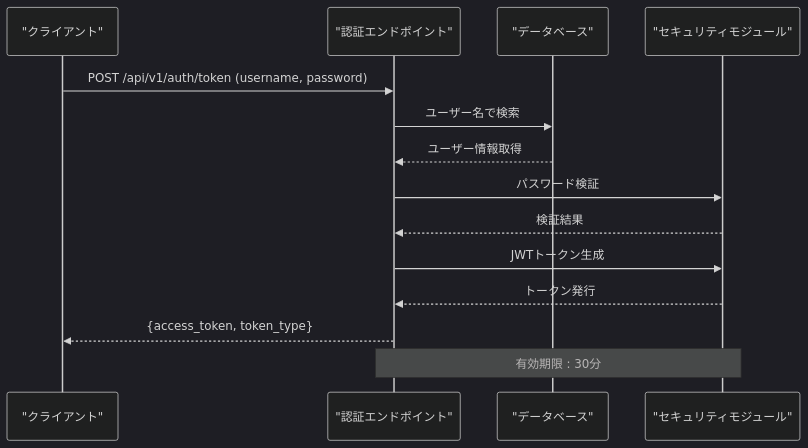
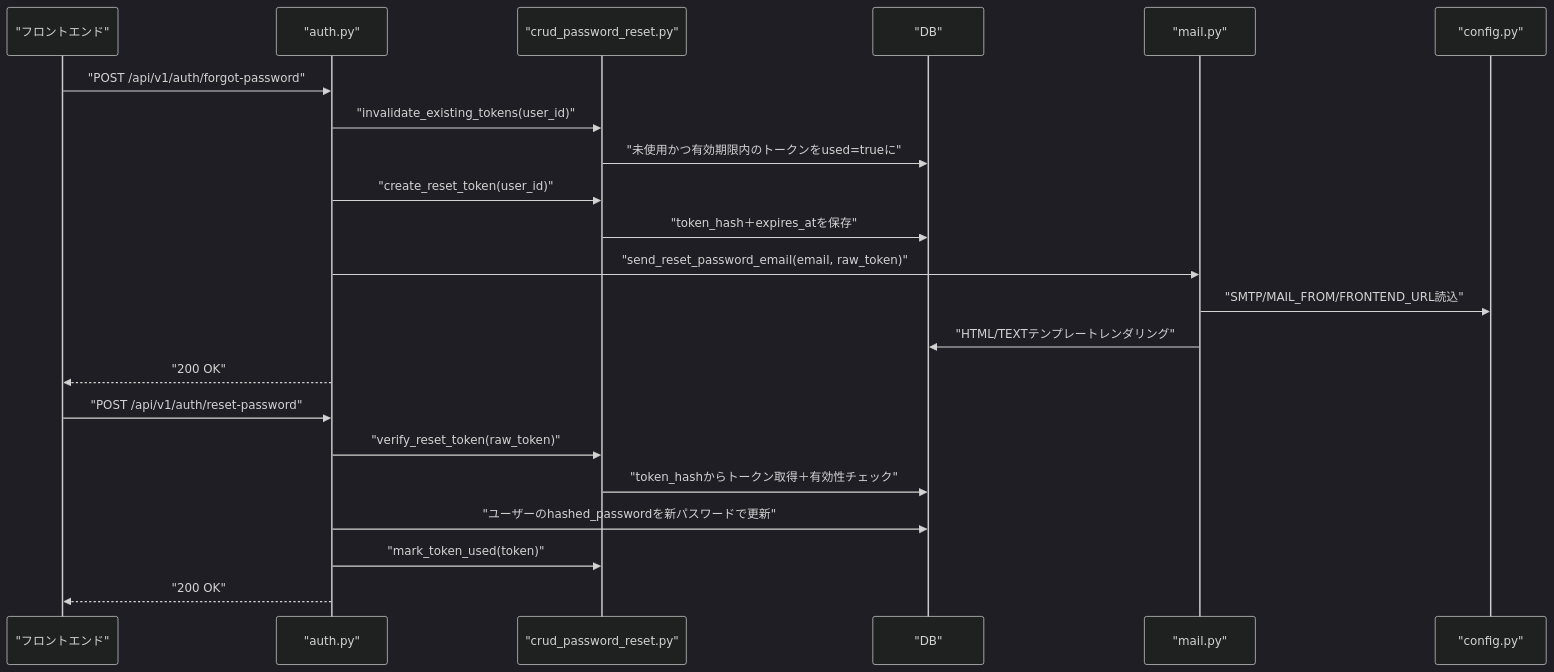
The fourth of 5 diagrams in .qoder/repowiki/ja/content/APIリファレンス/認証API.md (ss8806/Todos), drawn with Mermaid (dark theme) before and after one commit. The commit also changed other lines of this file and 106 other files, not shown here.

````diff
--- a/.qoder/repowiki/ja/content/APIリファレンス/認証API.md
+++ b/.qoder/repowiki/ja/content/APIリファレンス/認証API.md
@@ -163,16 +244,24 @@
 ```mermaid
 sequenceDiagram
-participant Client as "クライアント"
-participant Auth as "認証エンドポイント"
-participant DB as "データベース"
-participant Security as "セキュリティモジュール"
-Client->>Auth : POST /api/v1/auth/token (username, password)
-Auth->>DB : ユーザー名で検索
-DB-->>Auth : ユーザー情報取得
-Auth->>Security : パスワード検証
-Security-->>Auth : 検証結果
-Auth->>Security : JWTトークン生成
-Security-->>Auth : トークン発行
-Auth-->>Client : {access_token, token_type}
-Note over Auth,Security : 有効期限 : 30分
+participant FE as "フロントエンド"
+participant API as "auth.py"
+participant CRDR as "crud_password_reset.py"
+participant DB as "DB"
+participant MAIL as "mail.py"
+participant CFG as "config.py"
+FE->>API : "POST /api/v1/auth/forgot-password"
+API->>CRDR : "invalidate_existing_tokens(user_id)"
+CRDR->>DB : "未使用かつ有効期限内のトークンをused=trueに"
+API->>CRDR : "create_reset_token(user_id)"
+CRDR->>DB : "token_hash＋expires_atを保存"
+API->>MAIL : "send_reset_password_email(email, raw_token)"
+MAIL->>CFG : "SMTP/MAIL_FROM/FRONTEND_URL読込"
+MAIL->>DB : "HTML/TEXTテンプレートレンダリング"
+API-->>FE : "200 OK"
+FE->>API : "POST /api/v1/auth/reset-password"
+API->>CRDR : "verify_reset_token(raw_token)"
+CRDR->>DB : "token_hashからトークン取得＋有効性チェック"
+API->>DB : "ユーザーのhashed_passwordを新パスワードで更新"
+API->>CRDR : "mark_token_used(token)"
+API-->>FE : "200 OK"
 ```
````
